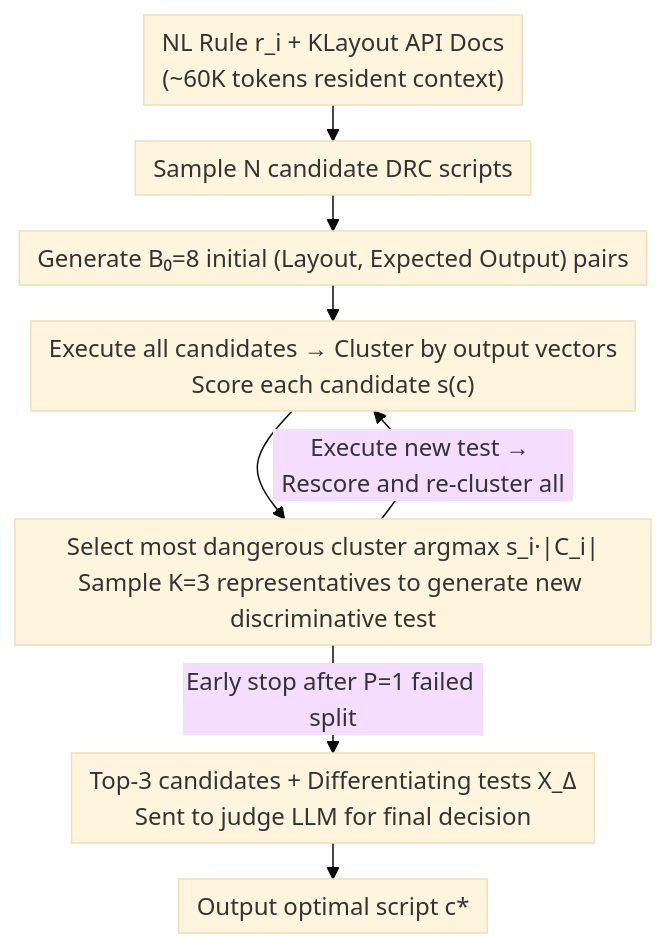
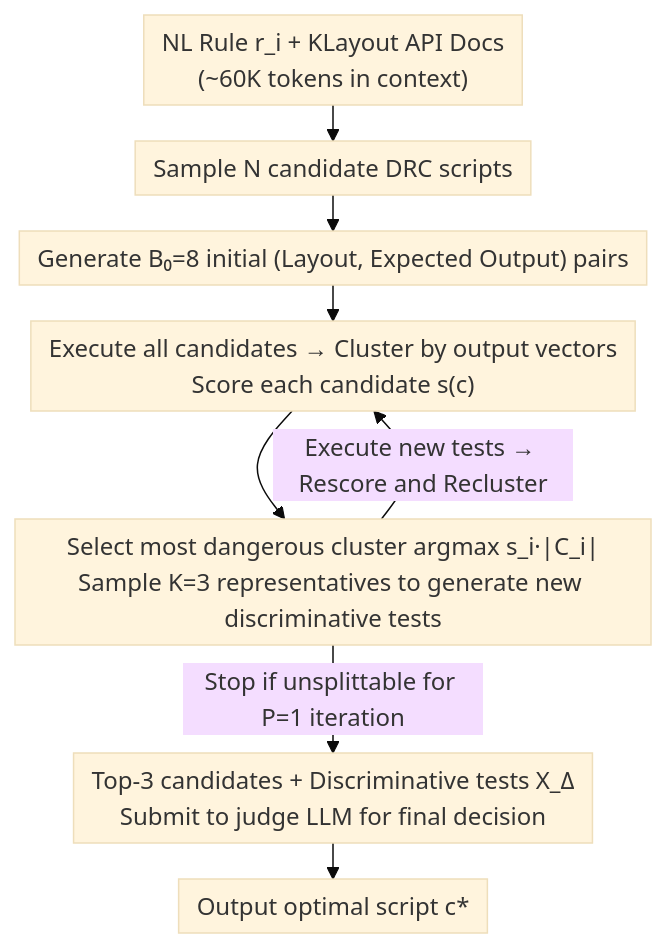
One commit to zhaoyang97/Paper-Notes-en changed the diagram in docs/ICML2026/llm_agent/rule2drc_benchmarking_llm_agents_for_drc_script_synthesis_with_execution-guided_.md. Above: the diagram before and after it, drawn with Mermaid (base theme). The commit also changed other lines of this file and 5084 other files, not shown here.

````diff
--- a/docs/ICML2026/llm_agent/rule2drc_benchmarking_llm_agents_for_drc_script_synthesis_with_execution-guided_.md
+++ b/docs/ICML2026/llm_agent/rule2drc_benchmarking_llm_agents_for_drc_script_synthesis_with_execution-guided_.md
@@ -43,11 +43,11 @@
 ```mermaid
 %%{init: {'flowchart': {'rankSpacing': 24, 'nodeSpacing': 28, 'padding': 6, 'wrappingWidth': 400}}}%%
 flowchart TD
-    A["NL Rule r_i + KLayout API Docs<br/>(~60K tokens resident context)"] --> B["Sample N candidate DRC scripts"]
+    A["NL Rule r_i + KLayout API Docs<br/>(~60K tokens in context)"] --> B["Sample N candidate DRC scripts"]
     B --> C["Generate B₀=8 initial (Layout, Expected Output) pairs"]
     C --> D["Execute all candidates → Cluster by output vectors<br/>Score each candidate s(c)"]
-    D --> E["Select most dangerous cluster argmax s_i·|C_i|<br/>Sample K=3 representatives to generate new discriminative test"]
-    E -->|"Execute new test → Rescore and re-cluster all"| D
-    E -->|"Early stop after P=1 failed split"| F["Top-3 candidates + Differentiating tests X_Δ<br/>Sent to judge LLM for final decision"]
+    D --> E["Select most dangerous cluster argmax s_i·|C_i|<br/>Sample K=3 representatives to generate new discriminative tests"]
+    E -->|"Execute new tests → Rescore and Recluster"| D
+    E -->|"Stop if unsplittable for P=1 iteration"| F["Top-3 candidates + Discriminative tests X_Δ<br/>Submit to judge LLM for final decision"]
     F --> G["Output optimal script c*"]
 ```
````
